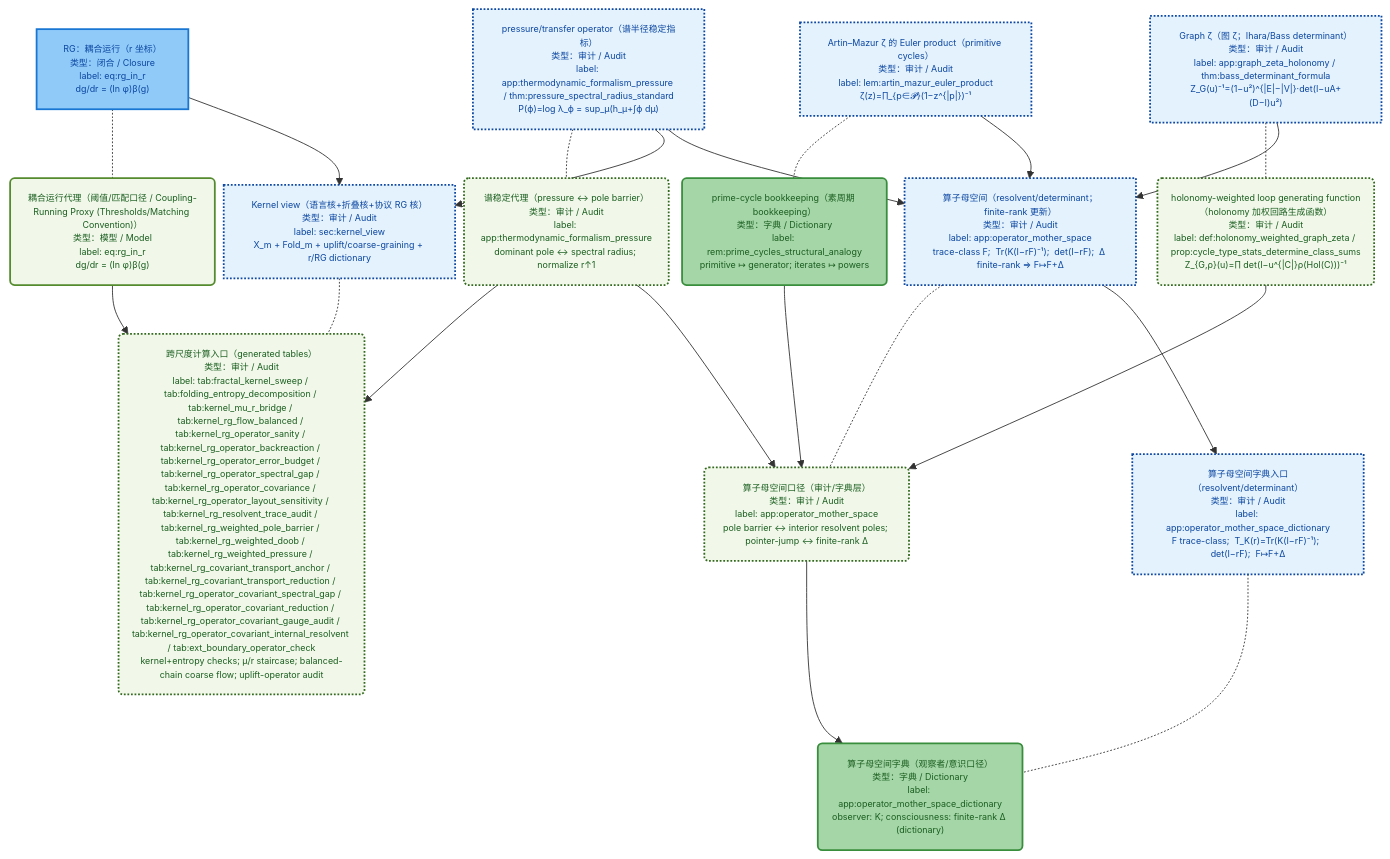
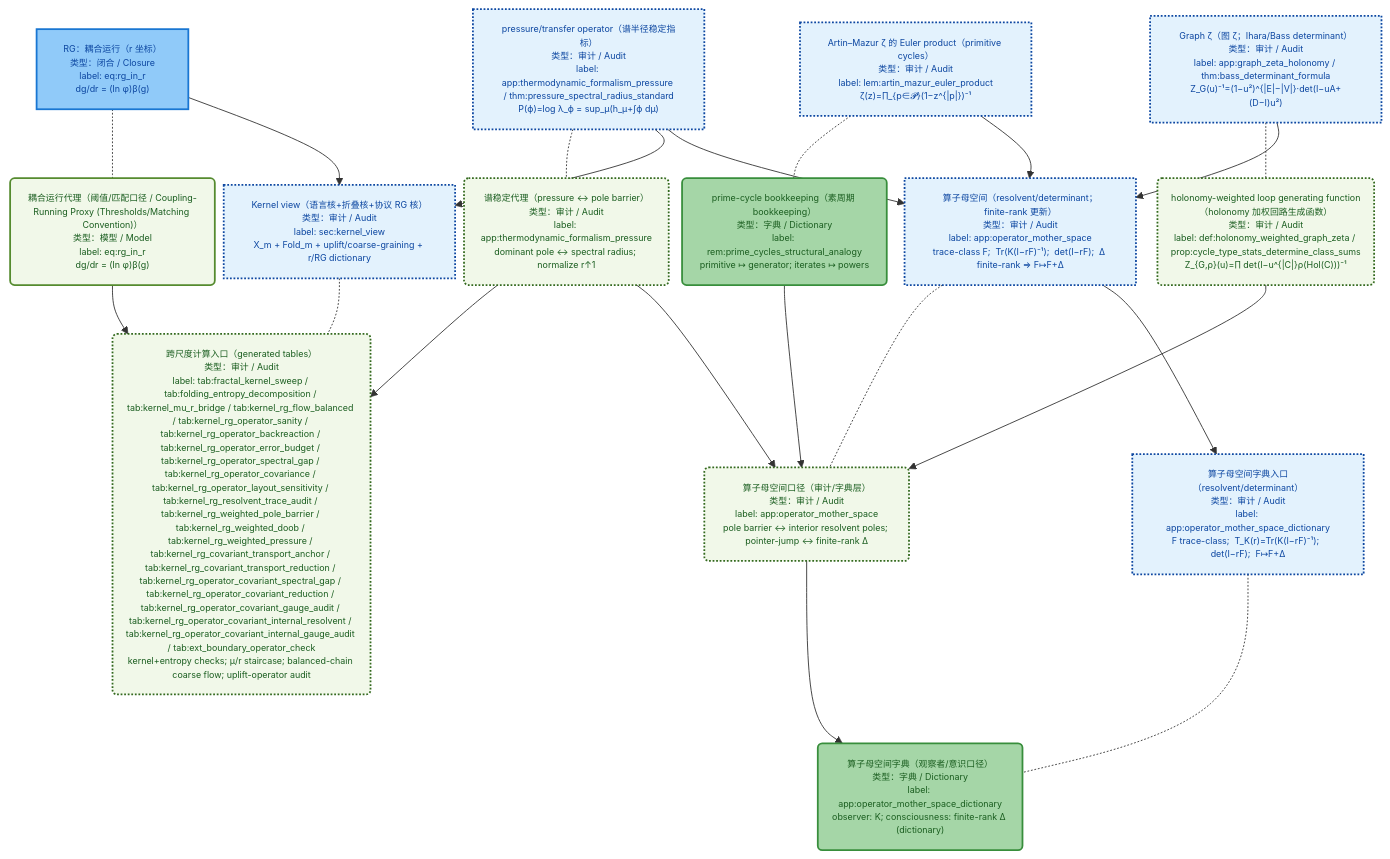
The ninth of 12 diagrams in docs/papers/2025_z128_standard_model_stable_sector_hpa_omega/architecture_dag.md (loning/the-omega), drawn with Mermaid before and after one commit. The commit also changed other lines of this file and 14 other files, not shown here.

First line of the commit message:
Enhance kernel RG operator framework with new internal audits and documentation

````diff
--- a/docs/papers/2025_z128_standard_model_stable_sector_hpa_omega/architecture_dag.md
+++ b/docs/papers/2025_z128_standard_model_stable_sector_hpa_omega/architecture_dag.md
@@ -1191,76 +1191,76 @@
 ```mermaid
 %%{init: {"maxTextSize": 100000, "flowchart": {"useMaxWidth": false, "nodeSpacing": 10, "rankSpacing": 55}, "themeVariables": {"fontSize": "10px"}}}%%
 flowchart TB
 
   %% === Core hubs ===
   M_kernel_view["Kernel view（语言核+折叠核+协议 RG 核）<br/>类型：审计 / Audit<br/>label: sec:kernel_view<br/>X_m + Fold_m + uplift/coarse-graining + r/RG dictionary"]
-  P_kernel_view("跨尺度计算入口（generated tables）<br/>类型：审计 / Audit<br/>label: tab:fractal_kernel_sweep / tab:folding_entropy_decomposition / tab:kernel_mu_r_bridge / tab:kernel_rg_flow_balanced / tab:kernel_rg_operator_sanity / tab:kernel_rg_operator_backreaction / tab:kernel_rg_operator_error_budget / tab:kernel_rg_operator_spectral_gap / tab:kernel_rg_operator_covariance / tab:kernel_rg_operator_layout_sensitivity / tab:kernel_rg_resolvent_trace_audit / tab:kernel_rg_weighted_pole_barrier / tab:kernel_rg_weighted_doob / tab:kernel_rg_weighted_pressure / tab:kernel_rg_covariant_transport_anchor / tab:kernel_rg_covariant_transport_reduction / tab:kernel_rg_operator_covariant_spectral_gap / tab:kernel_rg_operator_covariant_reduction / tab:kernel_rg_operator_covariant_gauge_audit / tab:kernel_rg_operator_covariant_internal_resolvent / tab:ext_boundary_operator_check<br/>kernel+entropy checks; μ/r staircase; balanced-chain coarse flow; uplift-operator audit")
+  P_kernel_view("跨尺度计算入口（generated tables）<br/>类型：审计 / Audit<br/>label: tab:fractal_kernel_sweep / tab:folding_entropy_decomposition / tab:kernel_mu_r_bridge / tab:kernel_rg_flow_balanced / tab:kernel_rg_operator_sanity / tab:kernel_rg_operator_backreaction / tab:kernel_rg_operator_error_budget / tab:kernel_rg_operator_spectral_gap / tab:kernel_rg_operator_covariance / tab:kernel_rg_operator_layout_sensitivity / tab:kernel_rg_resolvent_trace_audit / tab:kernel_rg_weighted_pole_barrier / tab:kernel_rg_weighted_doob / tab:kernel_rg_weighted_pressure / tab:kernel_rg_covariant_transport_anchor / tab:kernel_rg_covariant_transport_reduction / tab:kernel_rg_operator_covariant_spectral_gap / tab:kernel_rg_operator_covariant_reduction / tab:kernel_rg_operator_covariant_gauge_audit / tab:kernel_rg_operator_covariant_internal_resolvent / tab:kernel_rg_operator_covariant_internal_gauge_audit / tab:ext_boundary_operator_check<br/>kernel+entropy checks; μ/r staircase; balanced-chain coarse flow; uplift-operator audit")
   M_kernel_view -.- P_kernel_view
 
   M_operator_mother["算子母空间（resolvent/determinant；finite-rank 更新）<br/>类型：审计 / Audit<br/>label: app:operator_mother_space<br/>trace-class F;  Tr(K(I−rF)⁻¹);  det(I−rF);  Δ finite-rank ⇒ F↦F+Δ"]
   P_operator_mother("算子母空间口径（审计/字典层）<br/>类型：审计 / Audit<br/>label: app:operator_mother_space<br/>pole barrier ↔ interior resolvent poles; pointer-jump ↔ finite-rank Δ")
   M_operator_mother -.- P_operator_mother
 
   %% === Shared upstream bridge (minimal) ===
   M_pressure["pressure/transfer operator（谱半径稳定指标）<br/>类型：审计 / Audit<br/>label: app:thermodynamic_formalism_pressure / thm:pressure_spectral_radius_standard<br/>P(ϕ)=log λ_ϕ = sup_μ(h_μ+∫ϕ dμ)"]
   P_pressure("谱稳定代理（pressure ↔ pole barrier）<br/>类型：审计 / Audit<br/>label: app:thermodynamic_formalism_pressure<br/>dominant pole ↔ spectral radius; normalize r↑1")
   M_pressure -.- P_pressure
 
   M_rg["RG：耦合运行（r 坐标）<br/>类型：闭合 / Closure<br/>label: eq:rg_in_r<br/>dg/dr = (ln φ)β(g)"]
   P_rg("耦合运行代理（阈值/匹配口径 / Coupling-Running Proxy (Thresholds/Matching Convention)）<br/>类型：模型 / Model<br/>label: eq:rg_in_r<br/>dg/dr = (ln φ)β(g)")
   M_rg -.- P_rg
 
   M_am_euler["Artin–Mazur ζ 的 Euler product（primitive cycles）<br/>类型：审计 / Audit<br/>label: lem:artin_mazur_euler_product<br/>ζ(z)=∏_{p∈𝓟}(1−z^{|p|})⁻¹"]
   P_am_euler("prime-cycle bookkeeping（素周期 bookkeeping）<br/>类型：字典 / Dictionary<br/>label: rem:prime_cycles_structural_analogy<br/>primitive ↦ generator; iterates ↦ powers")
   M_am_euler -.- P_am_euler
 
   M_graphzeta["Graph ζ（图 ζ；Ihara/Bass determinant）<br/>类型：审计 / Audit<br/>label: app:graph_zeta_holonomy / thm:bass_determinant_formula<br/>Z_G(u)⁻¹=(1−u²)^{|E|−|V|}·det(I−uA+(D−I)u²)"]
   P_graphzeta("holonomy-weighted loop generating function（holonomy 加权回路生成函数）<br/>类型：审计 / Audit<br/>label: def:holonomy_weighted_graph_zeta / prop:cycle_type_stats_determine_class_sums<br/>Z_{G,ρ}(u)=∏ det(I−u^{|C|}ρ(Hol(C)))⁻¹")
   M_graphzeta -.- P_graphzeta
 
   %% === Wiring: pressure is the shared bridge; kernel view also consumes RG; mother space consumes prime-cycle/graph-ζ ===
   M_rg --> M_kernel_view
   P_rg --> P_kernel_view
 
   M_pressure --> M_kernel_view
   P_pressure --> P_kernel_view
 
   M_pressure --> M_operator_mother
   P_pressure --> P_operator_mother
 
   M_am_euler --> M_operator_mother
   P_am_euler --> P_operator_mother
 
   M_graphzeta --> M_operator_mother
   P_graphzeta --> P_operator_mother
 
   %% === Optional dictionary entry (kept compact): mother space viewpoint in equivalence semantics layer ===
   M_opMotherDict["算子母空间字典入口（resolvent/determinant）<br/>类型：审计 / Audit<br/>label: app:operator_mother_space_dictionary<br/>F trace-class;  T_K(r)=Tr(K(I−rF)⁻¹);  det(I−rF);  F↦F+Δ"]
   P_opMotherDict("算子母空间字典（观察者/意识口径）<br/>类型：字典 / Dictionary<br/>label: app:operator_mother_space_dictionary<br/>observer: K; consciousness: finite-rank Δ (dictionary)")
   M_opMotherDict -.- P_opMotherDict
 
   M_operator_mother --> M_opMotherDict
   P_operator_mother --> P_opMotherDict
 
   classDef iface fill:#FCE4EC,stroke:#D81B60,color:#880E4F,stroke-width:2px;
   classDef open_problem fill:#FFEBEE,stroke:#C62828,color:#B71C1C,stroke-width:2px,font-weight:700;
   classDef not_closed fill:#FFF3E0,stroke:#EF6C00,color:#E65100,stroke-width:2px;
   classDef scope_gap fill:#EEEEEE,stroke:#616161,color:#212121,stroke-width:2px,stroke-dasharray: 2 2;
   classDef math_axiom fill:#BBDEFB,stroke:#1565C0,color:#0D47A1,stroke-width:3px,font-weight:700;
   classDef math_construct fill:#E3F2FD,stroke:#1E88E5,color:#0D47A1,stroke-width:2px;
   classDef math_closure fill:#90CAF9,stroke:#1976D2,color:#0D47A1,stroke-width:2px;
   classDef math_cont fill:#E1F5FE,stroke:#039BE5,color:#01579B,stroke-width:2px;
   classDef math_assumption fill:#E3F2FD,stroke:#1E88E5,color:#0D47A1,stroke-width:2px,stroke-dasharray: 6 3;
   classDef math_audit fill:#E3F2FD,stroke:#0D47A1,color:#0D47A1,stroke-width:2px,stroke-dasharray: 2 2;
   classDef phys_proxy fill:#E8F5E9,stroke:#43A047,color:#1B5E20,stroke-width:2px;
   classDef phys_obs fill:#C8E6C9,stroke:#2E7D32,color:#1B5E20,stroke-width:2px,font-weight:700;
   classDef phys_dict fill:#A5D6A7,stroke:#388E3C,color:#1B5E20,stroke-width:2px;
   classDef phys_model fill:#F1F8E9,stroke:#558B2F,color:#1B5E20,stroke-width:2px;
   classDef phys_audit fill:#F1F8E9,stroke:#33691E,color:#1B5E20,stroke-width:2px,stroke-dasharray: 2 2;
 
   class M_kernel_view,M_operator_mother,M_opMotherDict,M_pressure,M_am_euler,M_graphzeta math_audit;
   class M_rg math_closure;
   class P_kernel_view,P_operator_mother,P_pressure,P_graphzeta phys_audit;
   class P_rg phys_model;
   class P_am_euler,P_opMotherDict phys_dict;
 ```
````
